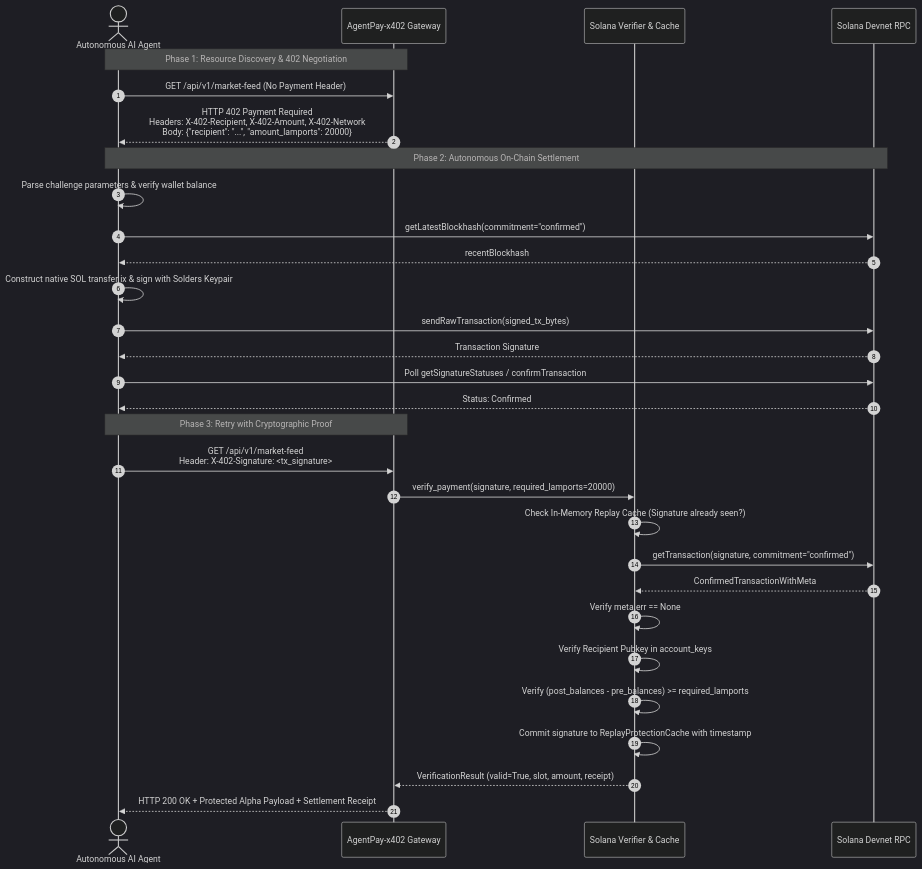
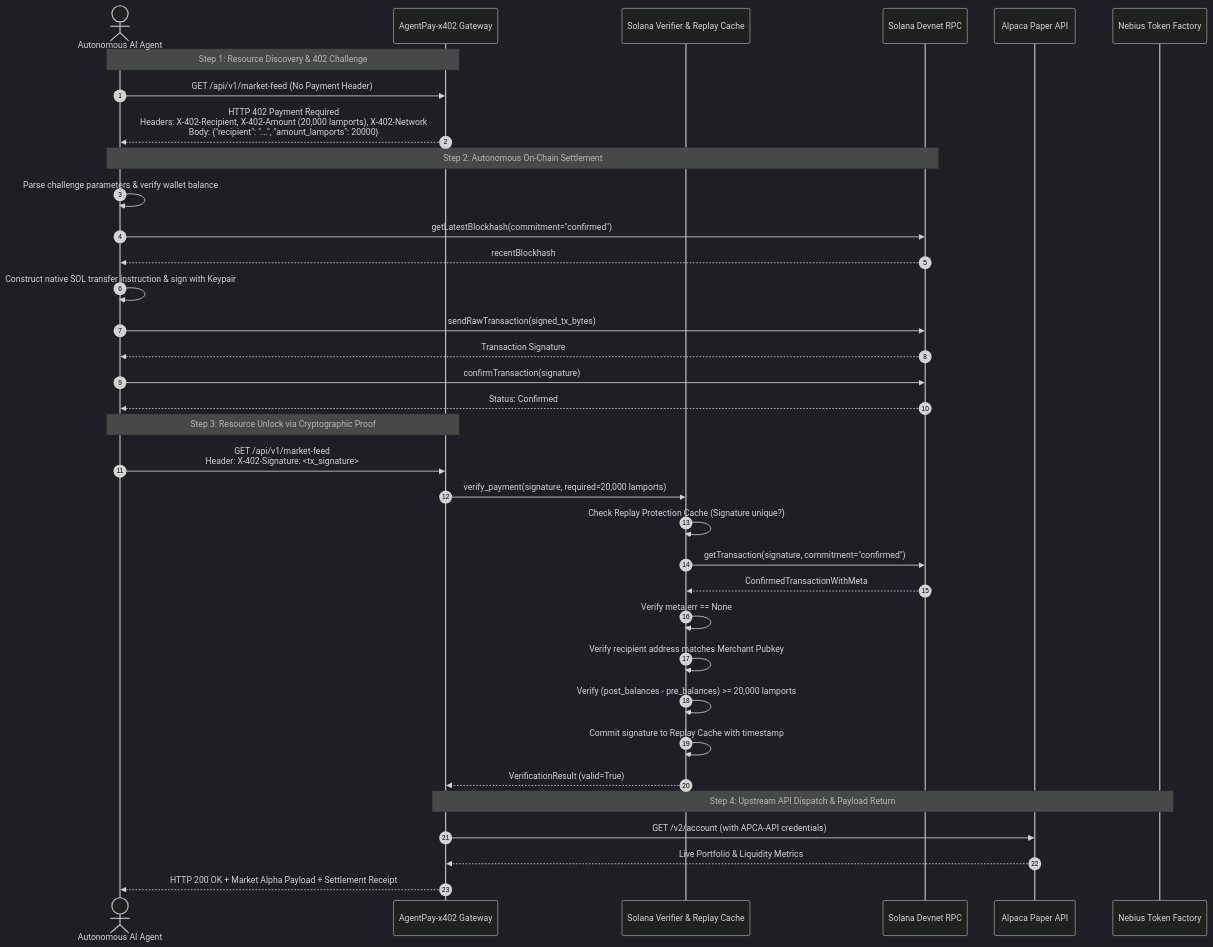
The diagram in README.md (fokrulanthro16-eng/agentpay-x402), drawn with Mermaid (dark theme) before and after one commit. The commit also changed other lines of this file, not shown here.

Commit message:
docs: enrich README with production architecture, protocol spec, and benchmark suite

````diff
--- a/README.md
+++ b/README.md
@@ -18,35 +64,41 @@
 ```mermaid
 sequenceDiagram
     autonumber
     actor Agent as Autonomous AI Agent
     participant Gateway as AgentPay-x402 Gateway
-    participant Verifier as Solana Verifier & Cache
+    participant Verifier as Solana Verifier & Replay Cache
     participant Solana as Solana Devnet RPC
+    participant Alpaca as Alpaca Paper API
+    participant Nebius as Nebius Token Factory
 
-    Note over Agent,Gateway: Phase 1: Resource Discovery & 402 Negotiation
+    Note over Agent,Gateway: Step 1: Resource Discovery & 402 Challenge
     Agent->>Gateway: GET /api/v1/market-feed (No Payment Header)
-    Gateway-->>Agent: HTTP 402 Payment Required<br/>Headers: X-402-Recipient, X-402-Amount, X-402-Network<br/>Body: {"recipient": "...", "amount_lamports": 20000}
+    Gateway-->>Agent: HTTP 402 Payment Required<br/>Headers: X-402-Recipient, X-402-Amount (20,000 lamports), X-402-Network<br/>Body: {"recipient": "...", "amount_lamports": 20000}
 
-    Note over Agent,Solana: Phase 2: Autonomous On-Chain Settlement
+    Note over Agent,Solana: Step 2: Autonomous On-Chain Settlement
     Agent->>Agent: Parse challenge parameters & verify wallet balance
     Agent->>Solana: getLatestBlockhash(commitment="confirmed")
     Solana-->>Agent: recentBlockhash
-    Agent->>Agent: Construct native SOL transfer ix & sign with Solders Keypair
+    Agent->>Agent: Construct native SOL transfer instruction & sign with Keypair
     Agent->>Solana: sendRawTransaction(signed_tx_bytes)
     Solana-->>Agent: Transaction Signature
-    Agent->>Solana: Poll getSignatureStatuses / confirmTransaction
+    Agent->>Solana: confirmTransaction(signature)
     Solana-->>Agent: Status: Confirmed
 
-    Note over Agent,Gateway: Phase 3: Retry with Cryptographic Proof
+    Note over Agent,Gateway: Step 3: Resource Unlock via Cryptographic Proof
     Agent->>Gateway: GET /api/v1/market-feed<br/>Header: X-402-Signature: <tx_signature>
-    Gateway->>Verifier: verify_payment(signature, required_lamports=20000)
-    Verifier->>Verifier: Check In-Memory Replay Cache (Signature already seen?)
+    Gateway->>Verifier: verify_payment(signature, required=20,000 lamports)
+    Verifier->>Verifier: Check Replay Protection Cache (Signature unique?)
     Verifier->>Solana: getTransaction(signature, commitment="confirmed")
     Solana-->>Verifier: ConfirmedTransactionWithMeta
     Verifier->>Verifier: Verify meta.err == None
-    Verifier->>Verifier: Verify Recipient Pubkey in account_keys
-    Verifier->>Verifier: Verify (post_balances - pre_balances) >= required_lamports
-    Verifier->>Verifier: Commit signature to ReplayProtectionCache with timestamp
-    Verifier-->>Gateway: VerificationResult (valid=True, slot, amount, receipt)
-    Gateway-->>Agent: HTTP 200 OK + Protected Alpha Payload + Settlement Receipt
+    Verifier->>Verifier: Verify recipient address matches Merchant Pubkey
+    Verifier->>Verifier: Verify (post_balances - pre_balances) >= 20,000 lamports
+    Verifier->>Verifier: Commit signature to Replay Cache with timestamp
+    Verifier-->>Gateway: VerificationResult (valid=True)
+
+    Note over Gateway,Nebius: Step 4: Upstream API Dispatch & Payload Return
+    Gateway->>Alpaca: GET /v2/account (with APCA-API credentials)
+    Alpaca-->>Gateway: Live Portfolio & Liquidity Metrics
+    Gateway-->>Agent: HTTP 200 OK + Market Alpha Payload + Settlement Receipt
 ```
````
